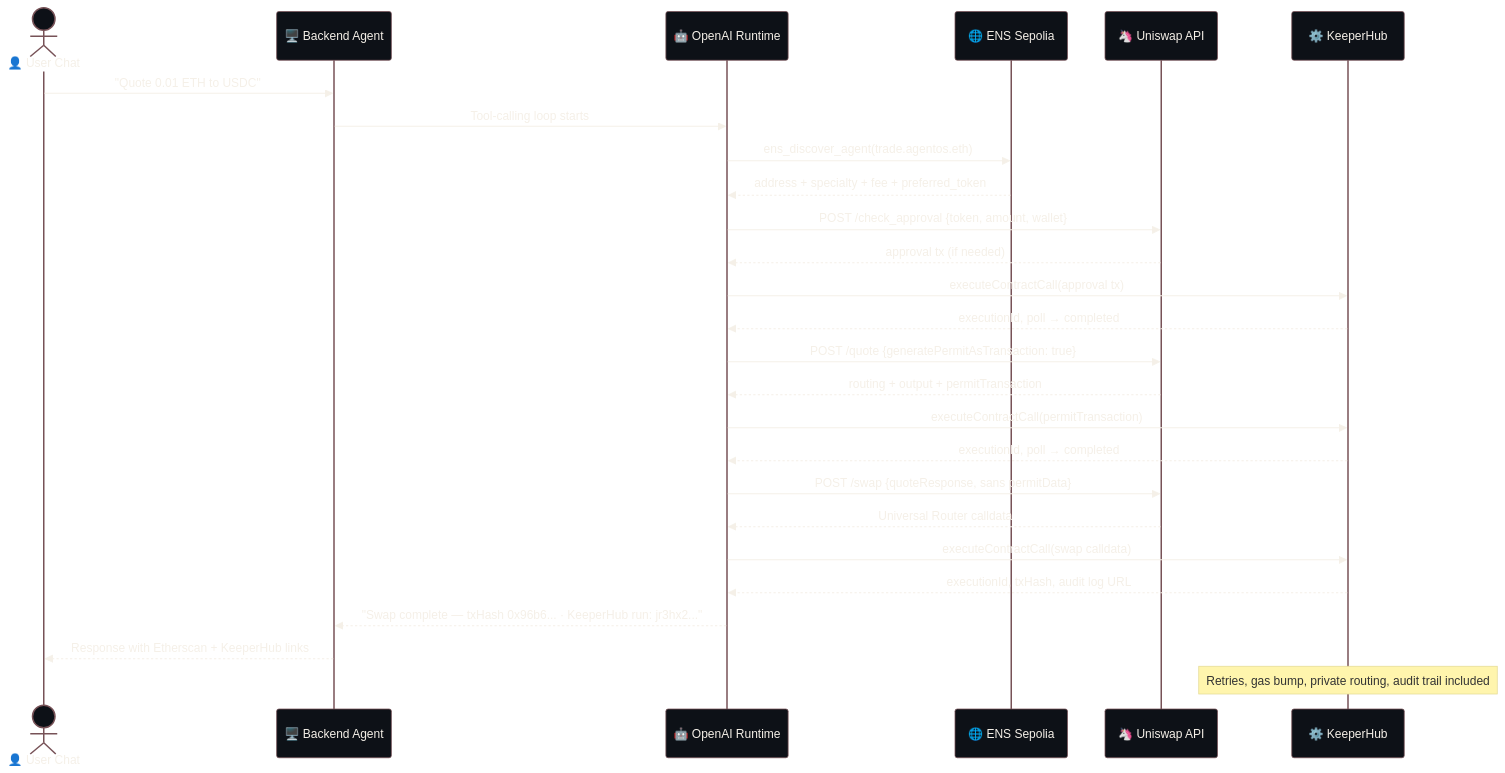
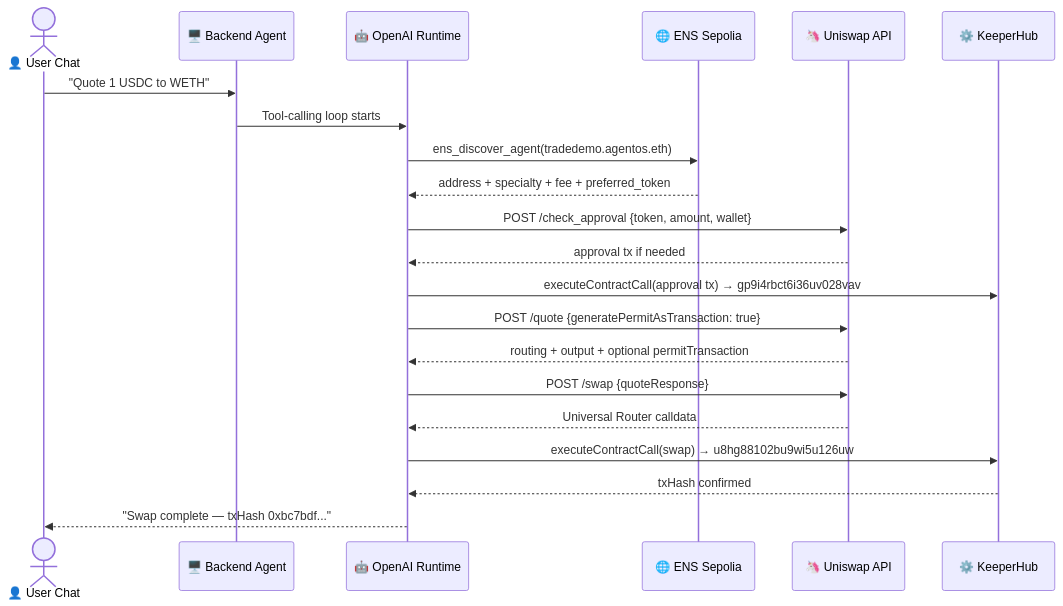
One commit to NikhilRaikwar/AgentOS changed the third of 4 diagrams in README.md. Above: the diagram before and after it, drawn with Mermaid. The commit also changed other lines of this file and 2 other files, not shown here.

````diff
--- a/README.md
+++ b/README.md
@@ -155,31 +163,24 @@
 ```mermaid
-%%{init: {'theme':'base','themeVariables':{'primaryColor':'#C8344A','primaryTextColor':'#F5F0E8','lineColor':'#1B6B45','background':'#1A1612','mainBkg':'#0D1117','nodeBorder':'#3D3830','clusterBkg':'#131920','titleColor':'#F5F0E8','fontFamily':'monospace'}}}%%
 sequenceDiagram
     actor User as 👤 User Chat
     participant BE as 🖥️ Backend Agent
     participant OA as 🤖 OpenAI Runtime
     participant ENS as 🌐 ENS Sepolia
     participant UNI as 🦄 Uniswap API
     participant KH as ⚙️ KeeperHub
 
-    User->>BE: "Quote 0.01 ETH to USDC"
+    User->>BE: "Quote 1 USDC to WETH"
     BE->>OA: Tool-calling loop starts
-    OA->>ENS: ens_discover_agent(trade.agentos.eth)
+    OA->>ENS: ens_discover_agent(tradedemo.agentos.eth)
     ENS-->>OA: address + specialty + fee + preferred_token
     OA->>UNI: POST /check_approval {token, amount, wallet}
-    UNI-->>OA: approval tx (if needed)
-    OA->>KH: executeContractCall(approval tx)
-    KH-->>OA: executionId, poll → completed
+    UNI-->>OA: approval tx if needed
+    OA->>KH: executeContractCall(approval tx) → gp9i4rbct6i36uv028vav
     OA->>UNI: POST /quote {generatePermitAsTransaction: true}
-    UNI-->>OA: routing + output + permitTransaction
-    OA->>KH: executeContractCall(permitTransaction)
-    KH-->>OA: executionId, poll → completed
-    OA->>UNI: POST /swap {quoteResponse, sans permitData}
+    UNI-->>OA: routing + output + optional permitTransaction
+    OA->>UNI: POST /swap {quoteResponse}
     UNI-->>OA: Universal Router calldata
-    OA->>KH: executeContractCall(swap calldata)
-    KH-->>OA: executionId, txHash, audit log URL
-    OA-->>BE: "Swap complete — txHash 0x96b6... · KeeperHub run: jr3hx2..."
-    BE-->>User: Response with Etherscan + KeeperHub links
-
-    Note over KH: Retries, gas bump, private routing, audit trail included
+    OA->>KH: executeContractCall(swap) → u8hg88102bu9wi5u126uw
+    KH-->>OA: txHash confirmed
+    OA-->>User: "Swap complete — txHash 0xbc7bdf..."
 ```
````
